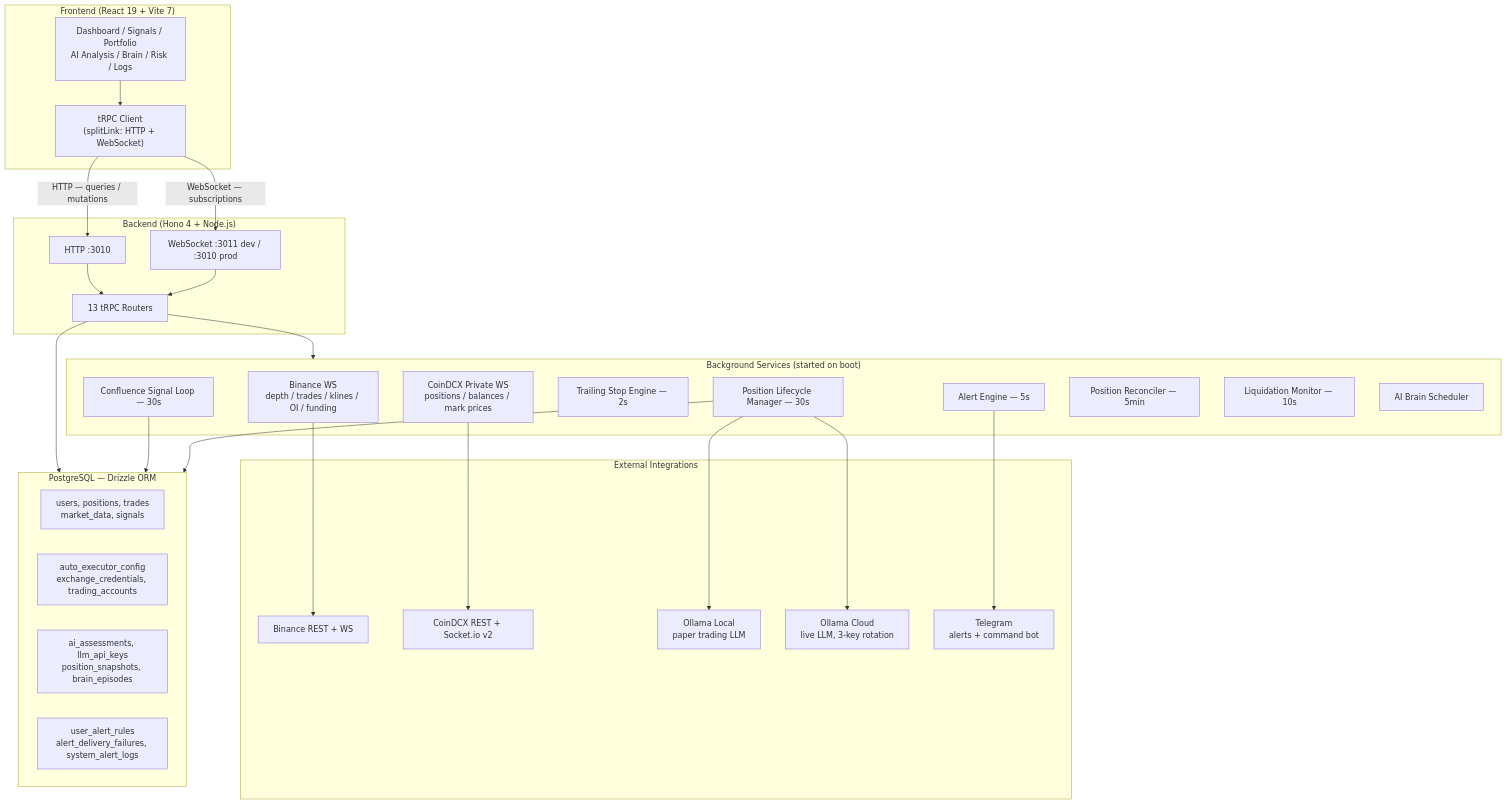
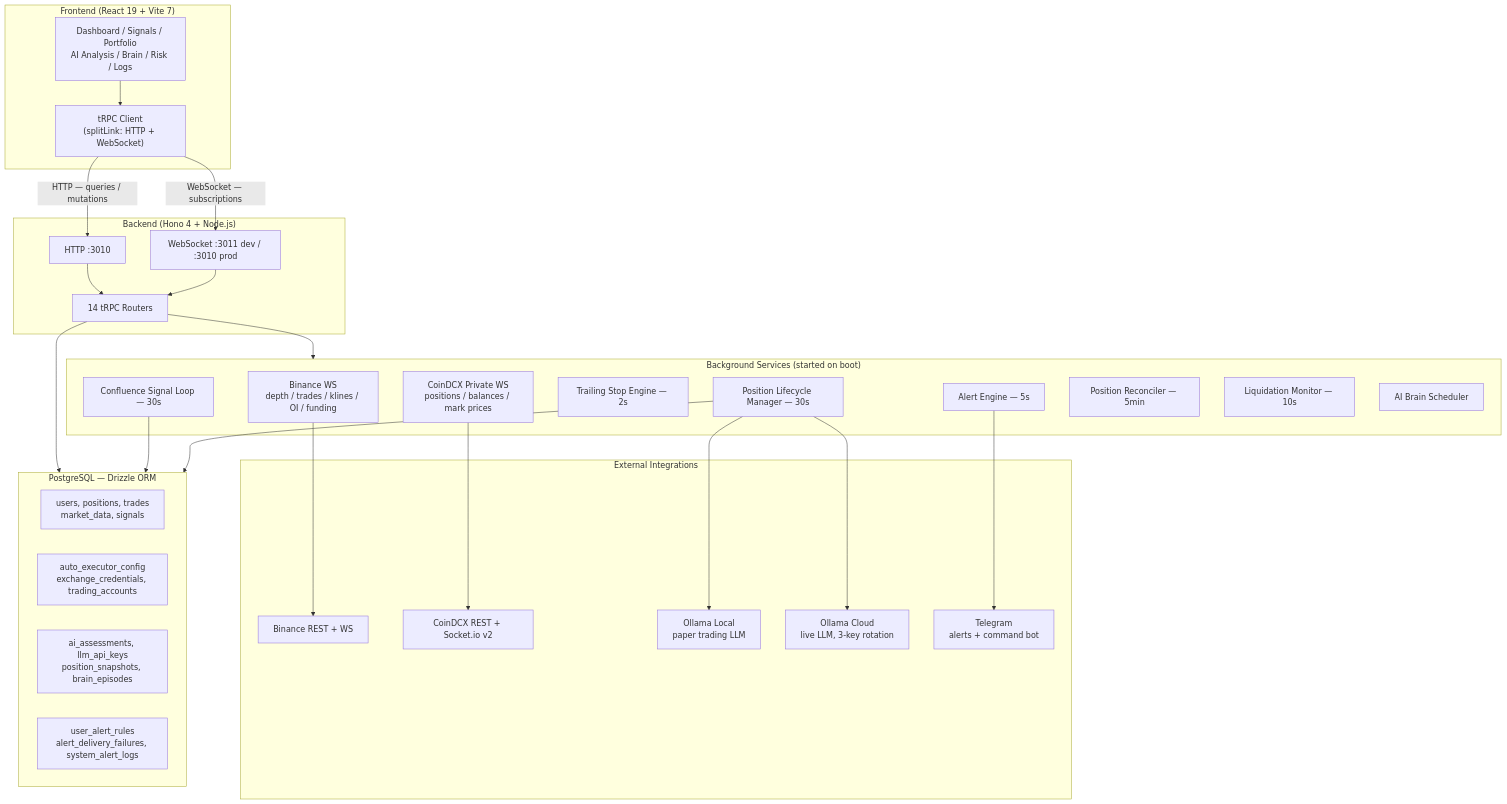
Before and after one commit to shubhamtaywade82/janus: the diagram in README.md, drawn with Mermaid. The commit also changed other lines of this file and 4 other files, not shown here.

````diff
--- a/README.md
+++ b/README.md
@@ -11,55 +11,55 @@
 ```mermaid
 graph TD
     subgraph FE["Frontend (React 19 + Vite 7)"]
         Pages["Dashboard / Signals / Portfolio\nAI Analysis / Brain / Risk / Logs"]
         TRPCClient["tRPC Client\n(splitLink: HTTP + WebSocket)"]
         Pages --> TRPCClient
     end
 
     subgraph BE["Backend (Hono 4 + Node.js)"]
         HTTP["HTTP :3010"]
         WS["WebSocket :3011 dev / :3010 prod"]
-        Routers["13 tRPC Routers"]
+        Routers["14 tRPC Routers"]
         HTTP --> Routers
         WS --> Routers
     end
 
     subgraph SVC["Background Services (started on boot)"]
         BinanceWS["Binance WS\ndepth / trades / klines / OI / funding"]
         CoinDCXWS["CoinDCX Private WS\npositions / balances / mark prices"]
         SignalLoop["Confluence Signal Loop — 30s"]
         TrailingStop["Trailing Stop Engine — 2s"]
         PositionMgr["Position Lifecycle Manager — 30s"]
         AlertEngine["Alert Engine — 5s"]
         Reconciler["Position Reconciler — 5min"]
         LiqMonitor["Liquidation Monitor — 10s"]
         Brain["AI Brain Scheduler"]
     end
 
     subgraph EXT["External Integrations"]
         BinanceAPI["Binance REST + WS"]
         CoinDCXAPI["CoinDCX REST + Socket.io v2"]
         OllamaLocal["Ollama Local\npaper trading LLM"]
         OllamaCloud["Ollama Cloud\nlive LLM, 3-key rotation"]
         TelegramSvc["Telegram\nalerts + command bot"]
     end
 
     subgraph DB["PostgreSQL — Drizzle ORM"]
         CoreTables["users, positions, trades\nmarket_data, signals"]
         RiskTables["auto_executor_config\nexchange_credentials, trading_accounts"]
         AITables["ai_assessments, llm_api_keys\nposition_snapshots, brain_episodes"]
         AlertTables["user_alert_rules\nalert_delivery_failures, system_alert_logs"]
     end
 
     TRPCClient -->|"HTTP — queries / mutations"| HTTP
     TRPCClient -->|"WebSocket — subscriptions"| WS
     Routers --> SVC
     Routers --> DB
     BinanceWS --> BinanceAPI
     CoinDCXWS --> CoinDCXAPI
     PositionMgr --> OllamaLocal
     PositionMgr --> OllamaCloud
     AlertEngine --> TelegramSvc
     SignalLoop --> DB
     PositionMgr --> DB
 ```
````
